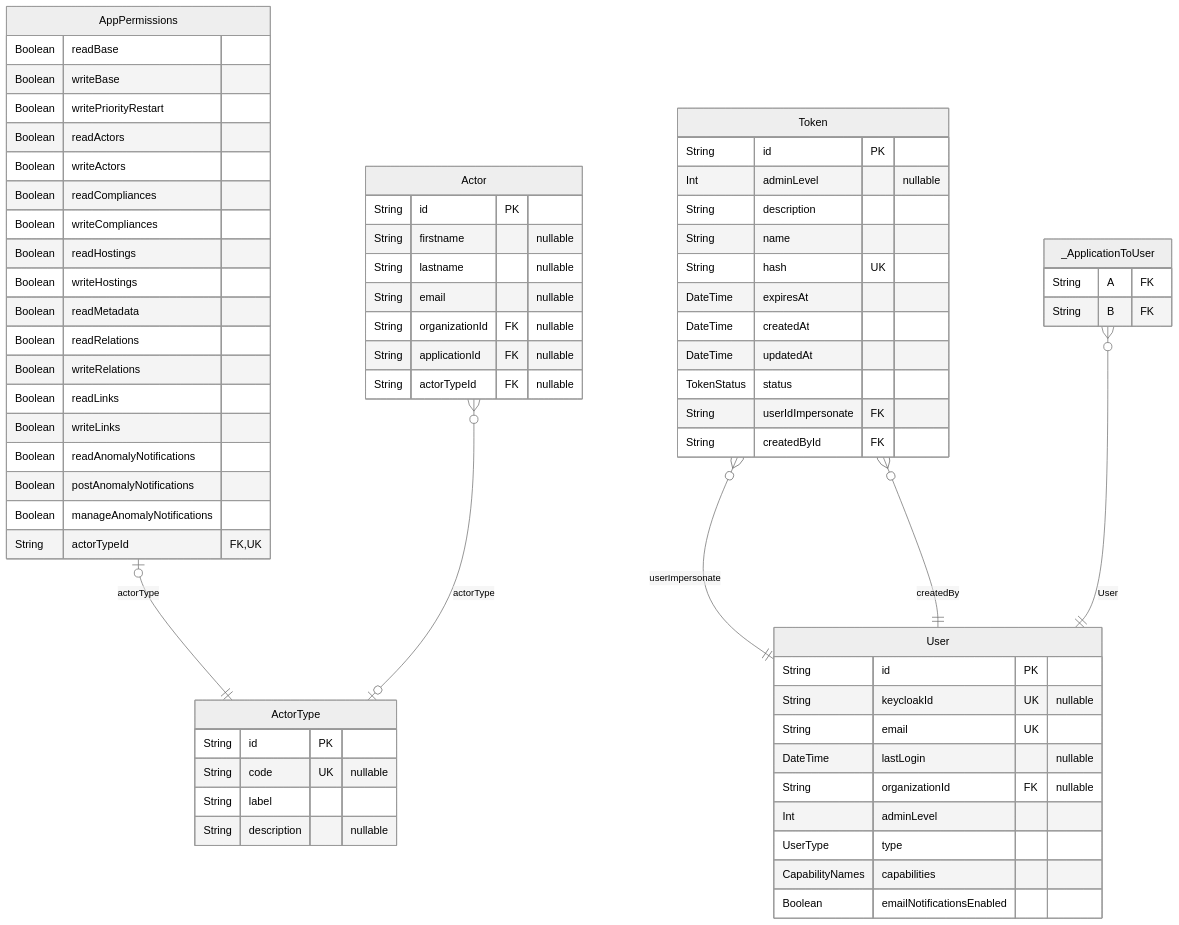
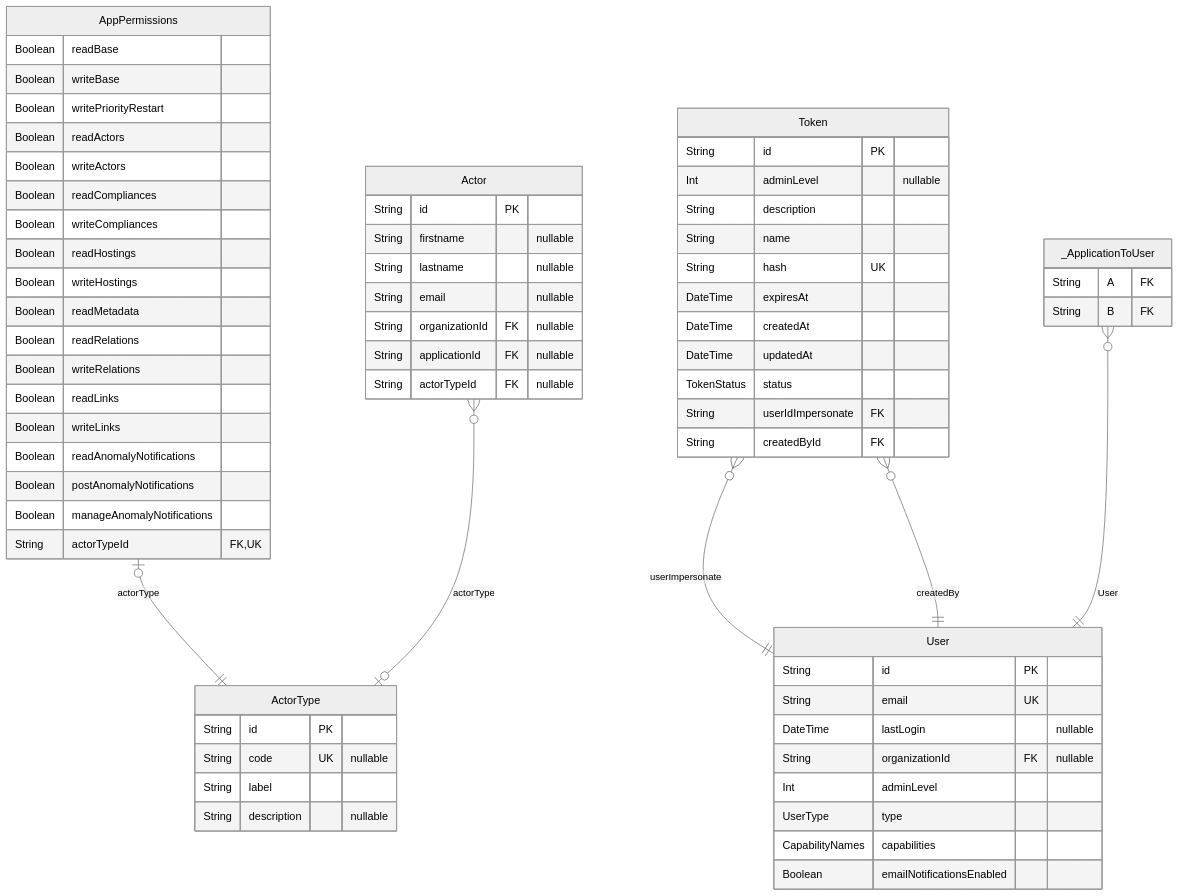
Before and after one commit to dnum-mi/referentiel-applications: the seventh of 8 diagrams in backend/prisma/docs/schema.md, drawn with Mermaid (neutral theme). The commit also changed other lines of this file and 17 other files, not shown here.

````diff
--- a/backend/prisma/docs/schema.md
+++ b/backend/prisma/docs/schema.md
@@ -475,71 +493,70 @@
 ```mermaid
 erDiagram
 "AppPermissions" {
   Boolean readBase
   Boolean writeBase
   Boolean writePriorityRestart
   Boolean readActors
   Boolean writeActors
   Boolean readCompliances
   Boolean writeCompliances
   Boolean readHostings
   Boolean writeHostings
   Boolean readMetadata
   Boolean readRelations
   Boolean writeRelations
   Boolean readLinks
   Boolean writeLinks
   Boolean readAnomalyNotifications
   Boolean postAnomalyNotifications
   Boolean manageAnomalyNotifications
   String actorTypeId FK,UK
 }
 "Token" {
   String id PK
   Int adminLevel "nullable"
   String description
   String name
   String hash UK
   DateTime expiresAt
   DateTime createdAt
   DateTime updatedAt
   TokenStatus status
   String userIdImpersonate FK
   String createdById FK
 }
 "User" {
   String id PK
-  String keycloakId UK "nullable"
   String email UK
   DateTime lastLogin "nullable"
   String organizationId FK "nullable"
   Int adminLevel
   UserType type
   CapabilityNames capabilities
   Boolean emailNotificationsEnabled
 }
 "Actor" {
   String id PK
   String firstname "nullable"
   String lastname "nullable"
   String email "nullable"
   String organizationId FK "nullable"
   String applicationId FK "nullable"
   String actorTypeId FK "nullable"
 }
 "ActorType" {
   String id PK
   String code UK "nullable"
   String label
   String description "nullable"
 }
 "_ApplicationToUser" {
   String A FK
   String B FK
 }
 "AppPermissions" |o--|| "ActorType" : actorType
 "Token" }o--|| "User" : userImpersonate
 "Token" }o--|| "User" : createdBy
 "Actor" }o--o| "ActorType" : actorType
 "_ApplicationToUser" }o--|| "User" : User
 ```
````
